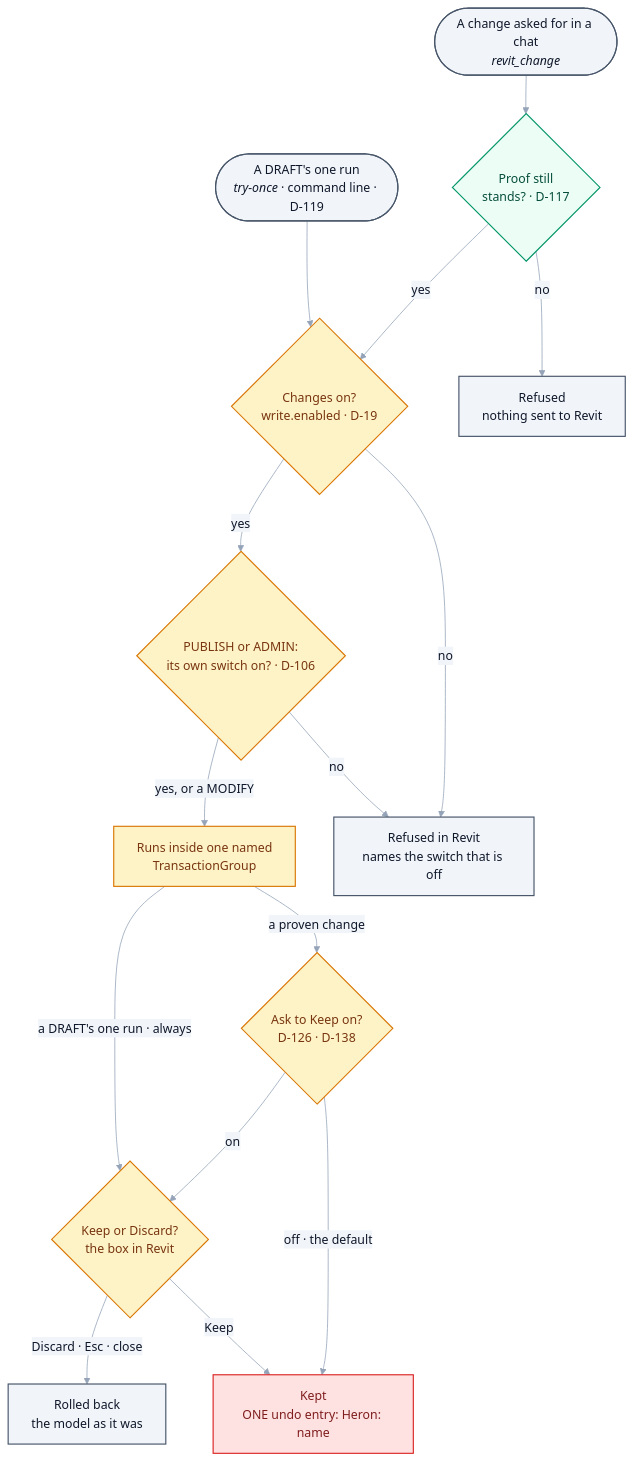
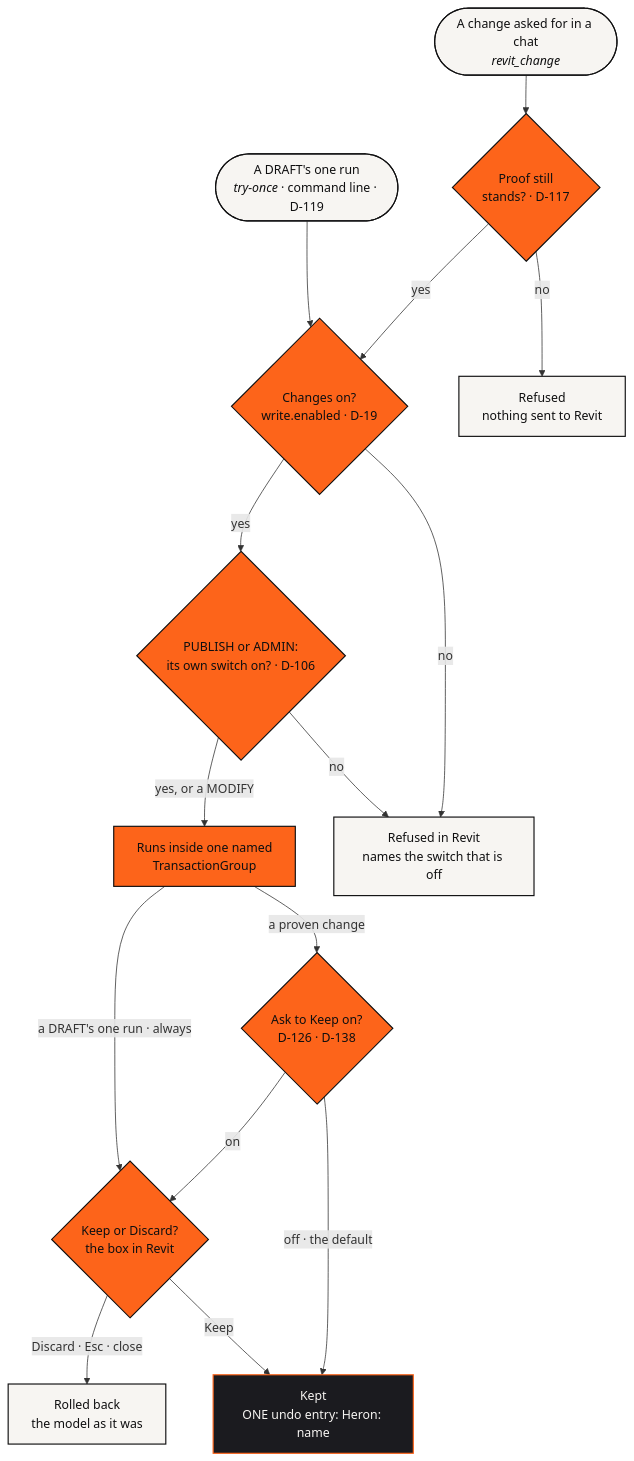
Before and after one commit to Ajmalpshaik/Heron-AI: the second of 2 diagrams in docs/12-security-and-permissions.md, drawn with Mermaid. The commit also changed other lines of this file and 44 other files, not shown here.

First line of the commit message:
Diagrams in the other docs move to the brand palette (D-149, #1116)

````diff
--- a/docs/12-security-and-permissions.md
+++ b/docs/12-security-and-permissions.md
@@ -218,40 +217,39 @@
 ```mermaid
-%%{init: {"themeVariables": {"edgeLabelBackground":"#F1F5F9","lineColor":"#94A3B8","textColor":"#0F172A","tertiaryTextColor":"#0F172A"}}}%%
 flowchart TD
     A(["A change asked for in a chat<br/><i>revit_change</i>"])
     D(["A DRAFT's one run<br/><i>try-once</i> · command line · D-119"])
     P{"Proof still<br/>stands? · D-117"}
     X1["Refused<br/>nothing sent to Revit"]
     C{"Changes on?<br/>write.enabled · D-19"}
     L{"PUBLISH or ADMIN:<br/>its own switch on? · D-106"}
     X2["Refused in Revit<br/>names the switch that is off"]
     T["Runs inside one named<br/>TransactionGroup"]
     K{"Ask to Keep on?<br/>D-126 · D-138"}
     B{"Keep or Discard?<br/>the box in Revit"}
     KEEP["Kept<br/>ONE undo entry: Heron: name"]
     RB["Rolled back<br/>the model as it was"]
 
     A --> P
     P -->|no| X1
     P -->|yes| C
     D --> C
     C -->|no| X2
     C -->|yes| L
     L -->|"no"| X2
     L -->|"yes, or a MODIFY"| T
     T -->|"a proven change"| K
     T -->|"a DRAFT's one run · always"| B
     K -->|"off · the default"| KEEP
     K -->|on| B
     B -->|"Keep"| KEEP
     B -->|"Discard · Esc · close"| RB
 
-    classDef user fill:#F1F5F9,stroke:#475569,stroke-width:1.5px,color:#0F172A
-    classDef brain fill:#ECFDF5,stroke:#059669,stroke-width:1.5px,color:#064E3B
-    classDef addin fill:#FEF3C7,stroke:#D97706,stroke-width:1.5px,color:#78350F
-    classDef revit fill:#FEE2E2,stroke:#DC2626,stroke-width:1.5px,color:#7F1D1D
+    classDef user fill:#F7F5F2,stroke:#0F0F10,stroke-width:1.5px,color:#0F0F10
+    classDef brain fill:#FD641A,stroke:#0F0F10,stroke-width:1.5px,color:#0F0F10
+    classDef addin fill:#FD641A,stroke:#0F0F10,stroke-width:1.5px,color:#0F0F10
+    classDef revit fill:#1B1B1F,stroke:#FD641A,stroke-width:1.5px,color:#F7F5F2
     class A,D,X1,X2,RB user
     class P brain
     class C,L,T,K,B addin
     class KEEP revit
 ```
````
